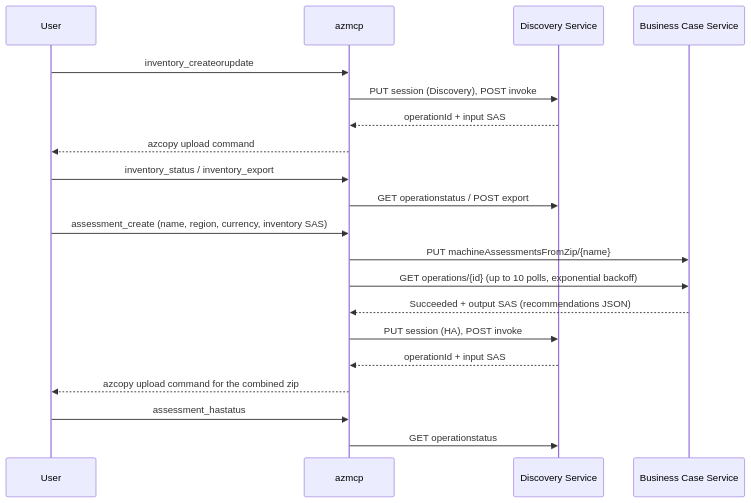
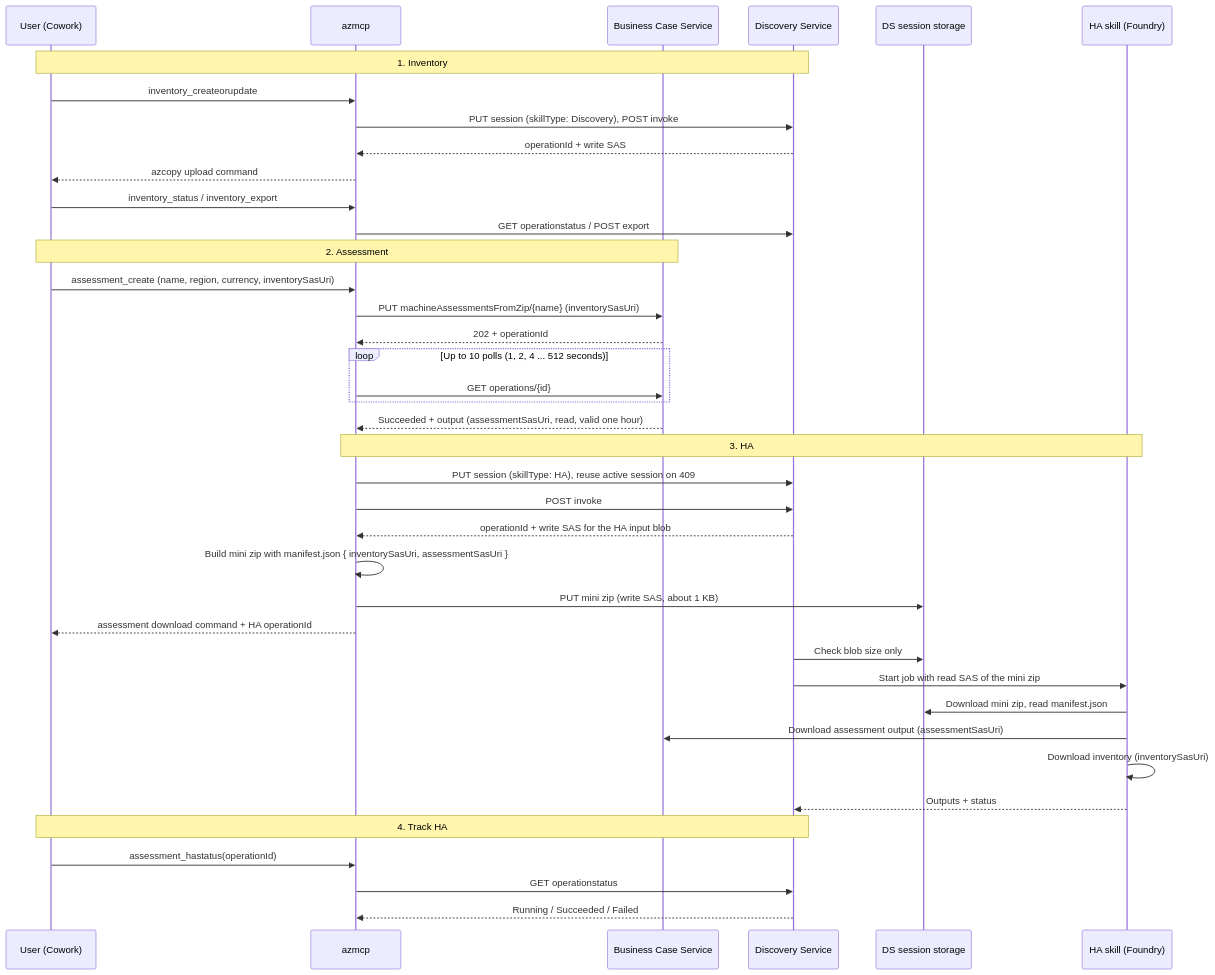
The diagram in tools/Azure.Mcp.Tools.AzureMigrate/docs/inventory-assessment-ha-plan.md (microsoft/mcp), drawn with Mermaid before and after one commit. The commit also changed other lines of this file, not shown here.

Commit message:
AzureMigrate docs: HA mini-zip handoff flow

````diff
--- a/tools/Azure.Mcp.Tools.AzureMigrate/docs/inventory-assessment-ha-plan.md
+++ b/tools/Azure.Mcp.Tools.AzureMigrate/docs/inventory-assessment-ha-plan.md
@@ -32,22 +35,45 @@
 ```mermaid
 sequenceDiagram
-    participant U as User
+    participant U as User (Cowork)
     participant M as azmcp
+    participant BC as Business Case Service
     participant DS as Discovery Service
-    participant AS as Business Case Service
+    participant ST as DS session storage
+    participant HA as HA skill (Foundry)
+
+    Note over U,DS: 1. Inventory
     U->>M: inventory_createorupdate
-    M->>DS: PUT session (Discovery), POST invoke
-    DS-->>M: operationId + input SAS
+    M->>DS: PUT session (skillType: Discovery), POST invoke
+    DS-->>M: operationId + write SAS
     M-->>U: azcopy upload command
     U->>M: inventory_status / inventory_export
     M->>DS: GET operationstatus / POST export
-    U->>M: assessment_create (name, region, currency, inventory SAS)
-    M->>AS: PUT machineAssessmentsFromZip/{name}
-    M->>AS: GET operations/{id} (up to 10 polls, exponential backoff)
-    AS-->>M: Succeeded + output SAS (recommendations JSON)
-    M->>DS: PUT session (HA), POST invoke
-    DS-->>M: operationId + input SAS
-    M-->>U: azcopy upload command for the combined zip
-    U->>M: assessment_hastatus
+
+    Note over U,BC: 2. Assessment
+    U->>M: assessment_create (name, region, currency, inventorySasUri)
+    M->>BC: PUT machineAssessmentsFromZip/{name} (inventorySasUri)
+    BC-->>M: 202 + operationId
+    loop Up to 10 polls (1, 2, 4 ... 512 seconds)
+        M->>BC: GET operations/{id}
+    end
+    BC-->>M: Succeeded + output (assessmentSasUri, read, valid one hour)
+
+    Note over M,HA: 3. HA
+    M->>DS: PUT session (skillType: HA), reuse active session on 409
+    M->>DS: POST invoke
+    DS-->>M: operationId + write SAS for the HA input blob
+    M->>M: Build mini zip with manifest.json { inventorySasUri, assessmentSasUri }
+    M->>ST: PUT mini zip (write SAS, about 1 KB)
+    M-->>U: assessment download command + HA operationId
+    DS->>ST: Check blob size only
+    DS->>HA: Start job with read SAS of the mini zip
+    HA->>ST: Download mini zip, read manifest.json
+    HA->>BC: Download assessment output (assessmentSasUri)
+    HA->>HA: Download inventory (inventorySasUri)
+    HA-->>DS: Outputs + status
+
+    Note over U,DS: 4. Track HA
+    U->>M: assessment_hastatus(operationId)
     M->>DS: GET operationstatus
+    DS-->>M: Running / Succeeded / Failed
 ```
````
